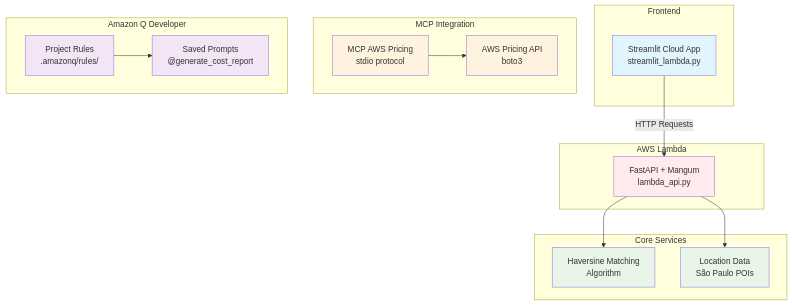
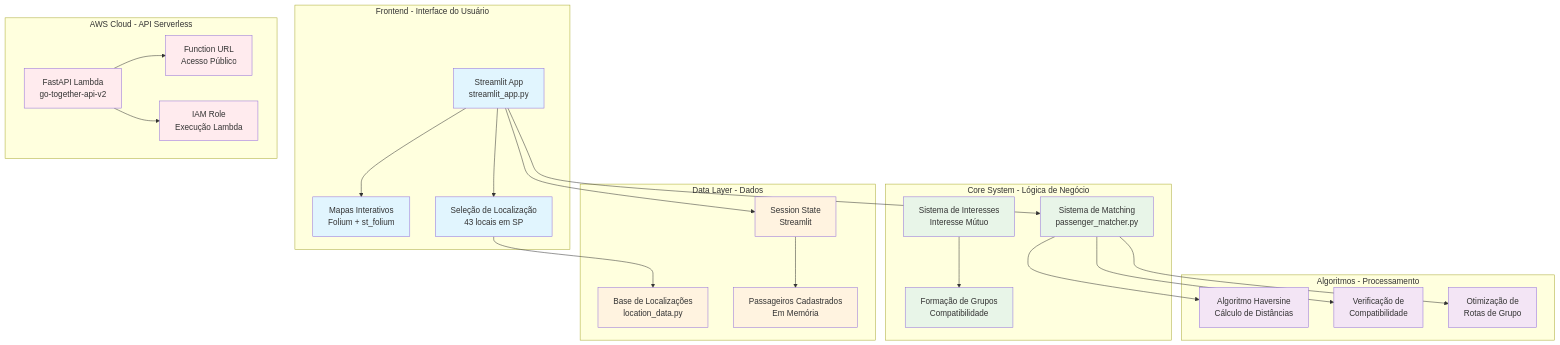
One commit to cauepda/go-together changed the diagram in README.md. Above: the diagram before and after it, drawn with Mermaid. The commit also changed other lines of this file, not shown here.

````diff
--- a/README.md
+++ b/README.md
@@ -23,43 +37,57 @@
 ```mermaid
 graph TB
-    subgraph "Frontend"
-        ST[Streamlit Cloud App<br/>streamlit_lambda.py]
+    subgraph "Frontend - Interface do Usuário"
+        ST[Streamlit App<br/>streamlit_app.py]
+        MAP[Mapas Interativos<br/>Folium + st_folium]
+        LOC[Seleção de Localização<br/>43 locais em SP]
     end
     
-    subgraph "AWS Lambda"
-        API[FastAPI + Mangum<br/>lambda_api.py]
+    subgraph "Core System - Lógica de Negócio"
+        MATCH[Sistema de Matching<br/>passenger_matcher.py]
+        INT[Sistema de Interesses<br/>Interesse Mútuo]
+        GRP[Formação de Grupos<br/>Compatibilidade]
     end
     
-    subgraph "Core Services"
-        MATCH[Haversine Matching<br/>Algorithm]
-        LOC[Location Data<br/>São Paulo POIs]
+    subgraph "Data Layer - Dados"
+        LOCDATA[Base de Localizações<br/>location_data.py]
+        STATE[Session State<br/>Streamlit]
+        PASS[Passageiros Cadastrados<br/>Em Memória]
     end
     
-    subgraph "MCP Integration"
-        MCP[MCP AWS Pricing<br/>stdio protocol]
-        PRICING[AWS Pricing API<br/>boto3]
+    subgraph "AWS Cloud - API Serverless"
+        API[FastAPI Lambda<br/>go-together-api-v2]
+        URL[Function URL<br/>Acesso Público]
+        IAM[IAM Role<br/>Execução Lambda]
     end
     
-    subgraph "Amazon Q Developer"
-        RULES[Project Rules<br/>.amazonq/rules/]
-        PROMPTS[Saved Prompts<br/>@generate_cost_report]
+    subgraph "Algoritmos - Processamento"
+        HAV[Algoritmo Haversine<br/>Cálculo de Distâncias]
+        COMPAT[Verificação de<br/>Compatibilidade]
+        ROUTE[Otimização de<br/>Rotas de Grupo]
     end
     
-    ST -->|HTTP Requests| API
-    API --> MATCH
-    API --> LOC
-    MCP --> PRICING
-    RULES --> PROMPTS
+    ST --> MATCH
+    ST --> MAP
+    ST --> LOC
+    MATCH --> HAV
+    MATCH --> COMPAT
+    MATCH --> ROUTE
+    INT --> GRP
+    ST --> STATE
+    STATE --> PASS
+    LOC --> LOCDATA
+    API --> URL
+    API --> IAM
     
     classDef frontend fill:#e1f5fe
+    classDef core fill:#e8f5e8
+    classDef data fill:#fff3e0
     classDef aws fill:#ffebee
-    classDef core fill:#e8f5e8
-    classDef mcp fill:#fff3e0
-    classDef q fill:#f3e5f5
+    classDef algo fill:#f3e5f5
     
-    class ST frontend
-    class API aws
-    class MATCH,LOC core
-    class MCP,PRICING mcp
-    class RULES,PROMPTS q
+    class ST,MAP,LOC frontend
+    class MATCH,INT,GRP core
+    class LOCDATA,STATE,PASS data
+    class API,URL,IAM aws
+    class HAV,COMPAT,ROUTE algo
 ```
````
